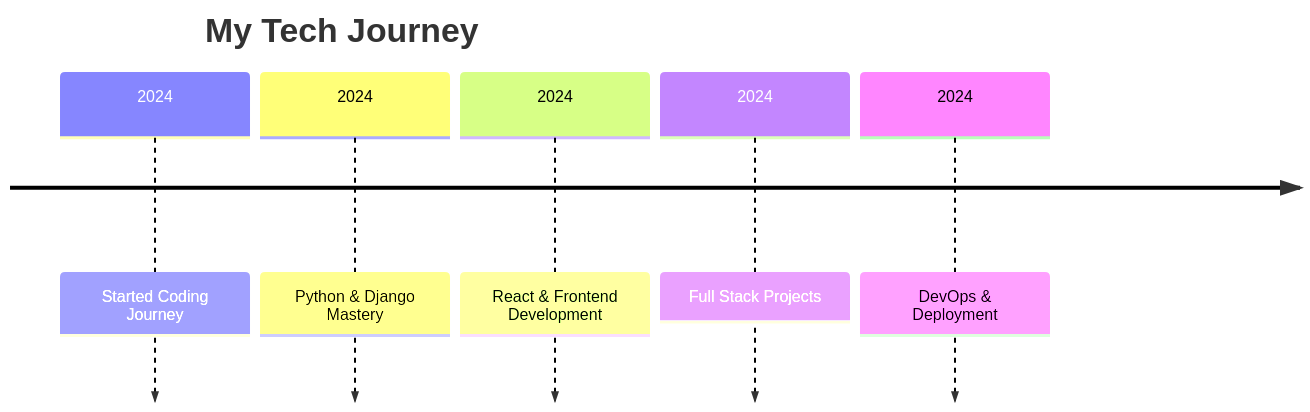
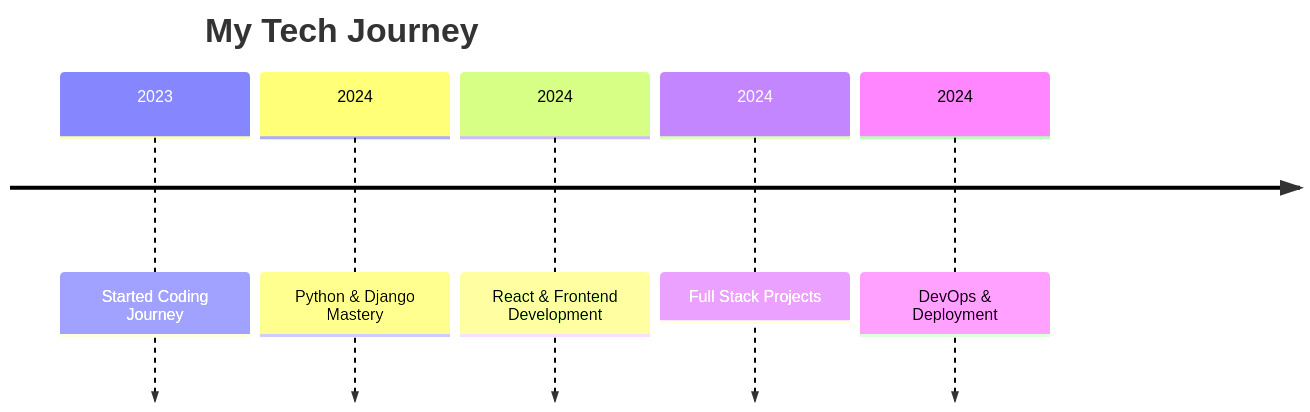
One commit to adelana107/adelana107 changed the fourth of 4 diagrams in README.md. Above: the diagram before and after it, drawn with Mermaid. The commit also changed other lines of this file, not shown here.

````diff
--- a/README.md
+++ b/README.md
@@ -581,9 +582,9 @@
 ```mermaid
 timeline
     title My Tech Journey
-    2024 : Started Coding Journey
+    2023 : Started Coding Journey
     2024 : Python & Django Mastery
     2024 : React & Frontend Development
     2024 : Full Stack Projects
     2024 : DevOps & Deployment
 ```
````
